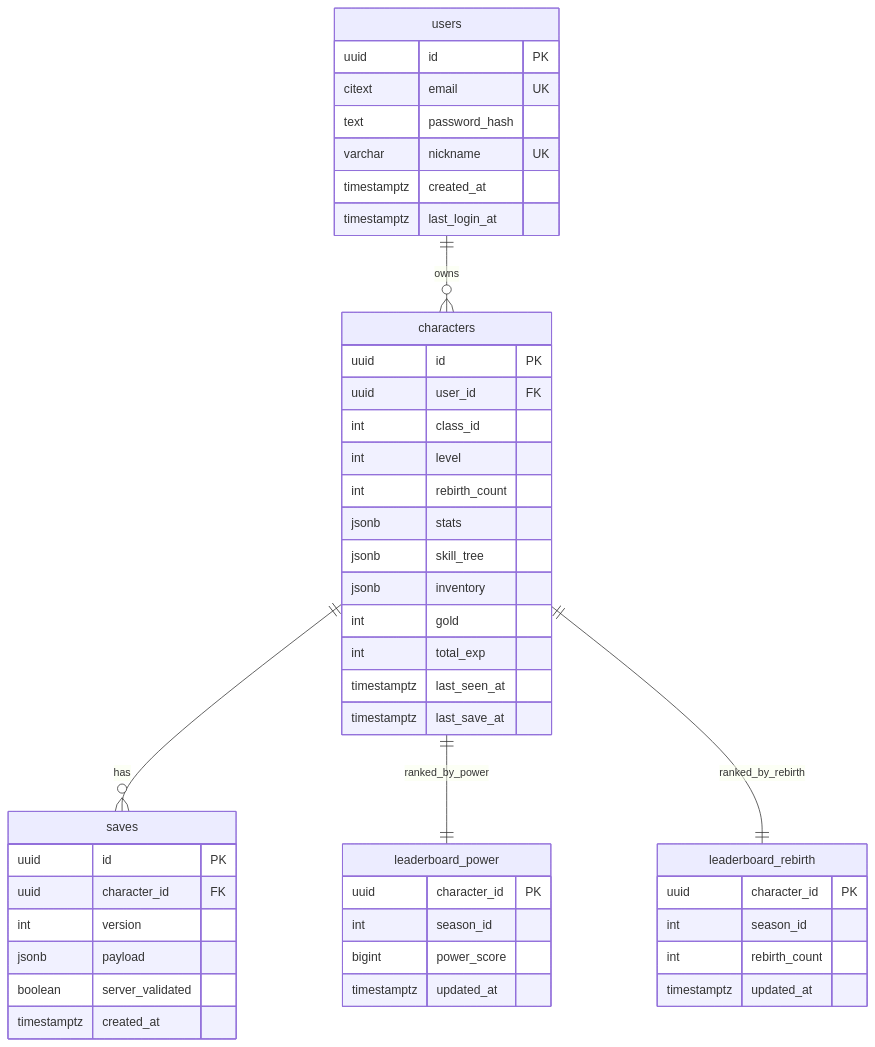
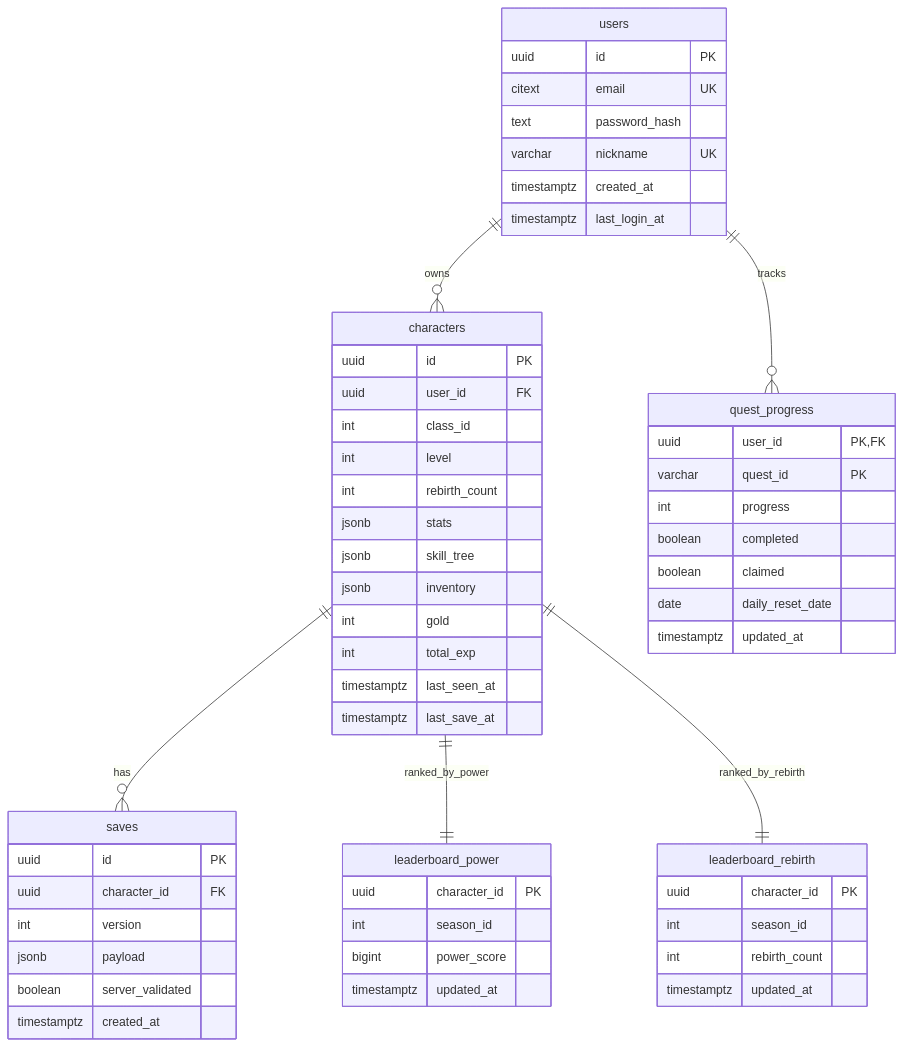
Before and after one commit to ewoo14/idle-project: the diagram in docs/api/schema.md, drawn with Mermaid. The commit also changed other lines of this file and 36 other files, not shown here.

````diff
--- a/docs/api/schema.md
+++ b/docs/api/schema.md
@@ -5,54 +5,65 @@
 ```mermaid
 erDiagram
   users ||--o{ characters : owns
+  users ||--o{ quest_progress : tracks
   characters ||--o{ saves : has
   characters ||--|| leaderboard_power : ranked_by_power
   characters ||--|| leaderboard_rebirth : ranked_by_rebirth
 
   users {
     uuid id PK
     citext email UK
     text password_hash
     varchar nickname UK
     timestamptz created_at
     timestamptz last_login_at
   }
 
   characters {
     uuid id PK
     uuid user_id FK
     int class_id
     int level
     int rebirth_count
     jsonb stats
     jsonb skill_tree
     jsonb inventory
     int gold
     int total_exp
     timestamptz last_seen_at
     timestamptz last_save_at
   }
 
   saves {
     uuid id PK
     uuid character_id FK
     int version
     jsonb payload
     boolean server_validated
     timestamptz created_at
   }
 
   leaderboard_power {
     uuid character_id PK
     int season_id
     bigint power_score
     timestamptz updated_at
   }
 
   leaderboard_rebirth {
     uuid character_id PK
     int season_id
     int rebirth_count
     timestamptz updated_at
   }
+
+  quest_progress {
+    uuid user_id PK, FK
+    varchar quest_id PK
+    int progress
+    boolean completed
+    boolean claimed
+    date daily_reset_date
+    timestamptz updated_at
+  }
 ```
````
